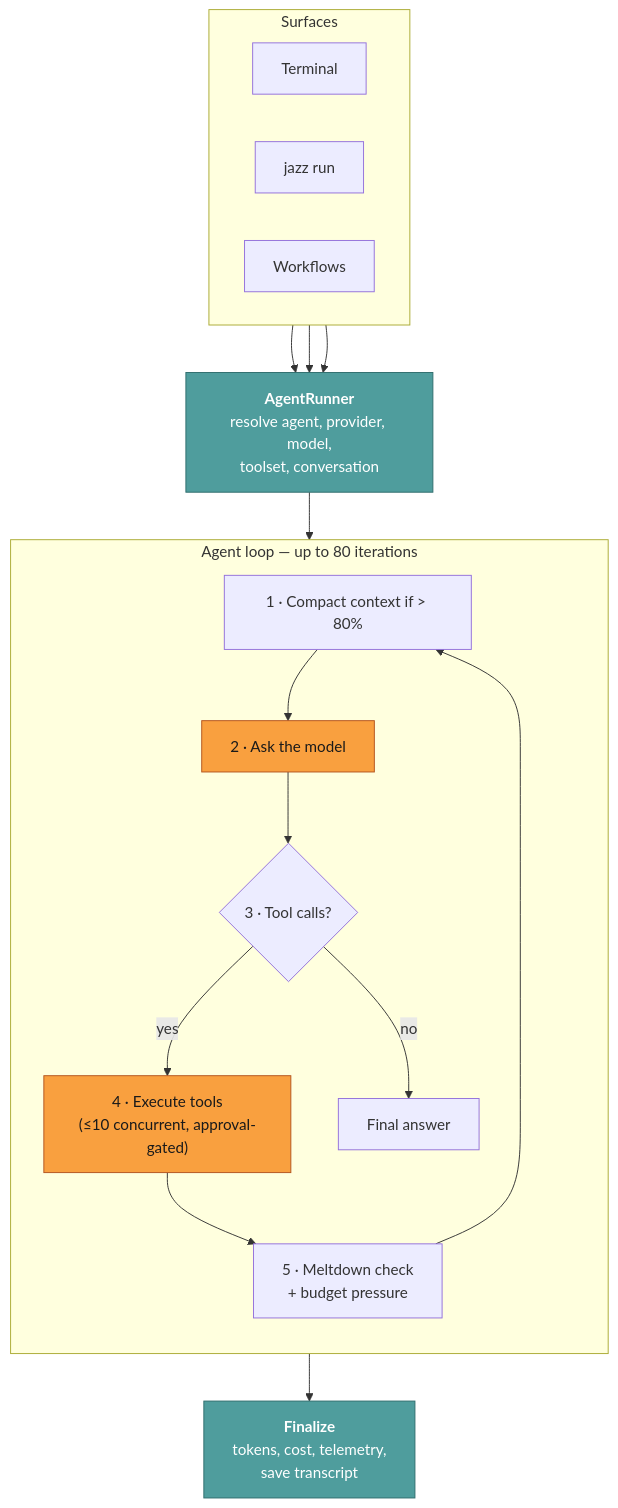
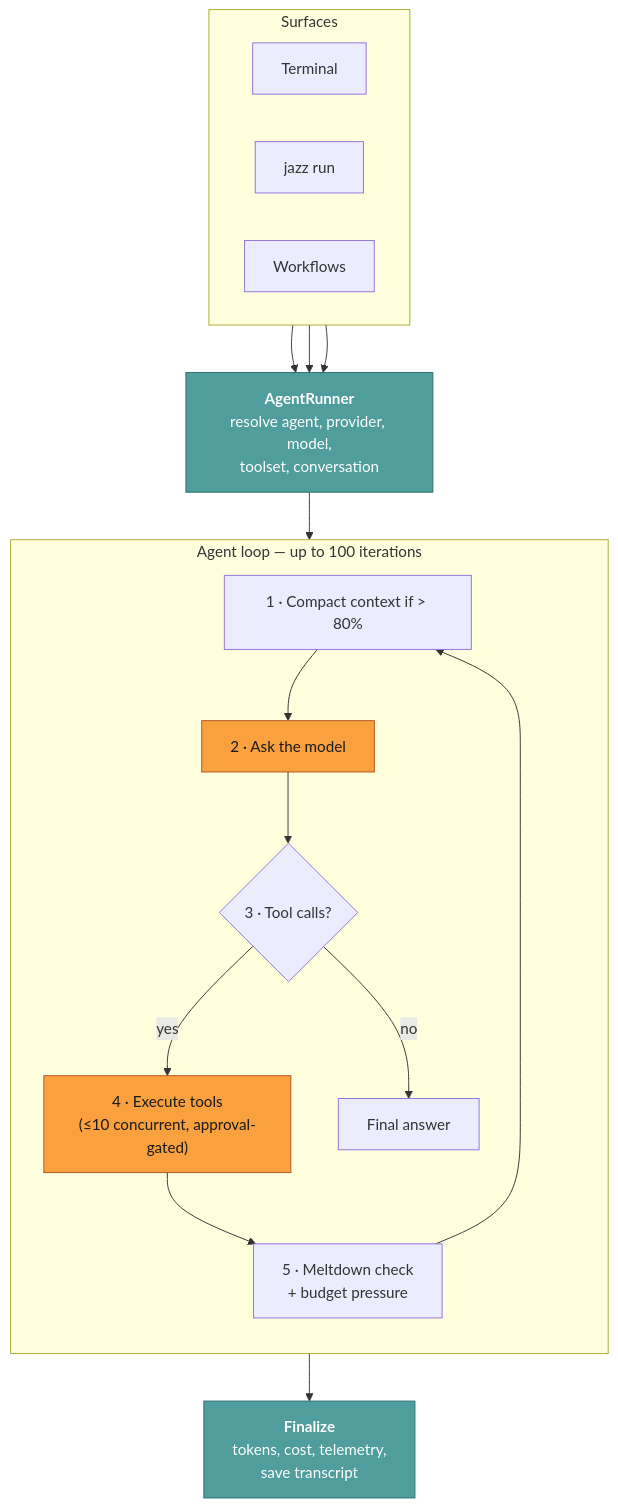
Before and after one commit to lvndry/jazz: the first of 2 diagrams in docs/internals/index.md, drawn with Mermaid. The commit also changed other lines of this file and 58 other files, not shown here.

````diff
--- a/docs/internals/index.md
+++ b/docs/internals/index.md
@@ -18,40 +18,40 @@
 ```mermaid
 flowchart TB
     subgraph surfaces["Surfaces"]
         direction LR
         S1["Terminal"]
         S2["jazz run"]
         S3["Workflows"]
     end
 
     RUNNER["<b>AgentRunner</b><br/>resolve agent, provider, model,<br/>toolset, conversation"]
 
-    subgraph loop["Agent loop — up to 80 iterations"]
+    subgraph loop["Agent loop — up to 100 iterations"]
         direction TB
         COMPACT["1 · Compact context if &gt; 80%"]
         LLM["2 · Ask the model"]
         BRANCH{"3 · Tool calls?"}
         TOOLS["4 · Execute tools<br/>(≤10 concurrent, approval-gated)"]
         GUARD["5 · Meltdown check<br/>+ budget pressure"]
         DONE["Final answer"]
     end
 
     FINAL["<b>Finalize</b><br/>tokens, cost, telemetry,<br/>save transcript"]
 
     S1 --> RUNNER
     S2 --> RUNNER
     S3 --> RUNNER
     RUNNER --> COMPACT
     COMPACT --> LLM
     LLM --> BRANCH
     BRANCH -->|yes| TOOLS
     TOOLS --> GUARD
     GUARD --> COMPACT
     BRANCH -->|no| DONE
     DONE --> FINAL
 
     classDef hot fill:#f9a03f,stroke:#b3541e,color:#1a1a1a
     classDef core fill:#4f9d9d,stroke:#2f6d6d,color:#ffffff
     class LLM,TOOLS hot
     class RUNNER,FINAL core
 ```
````
